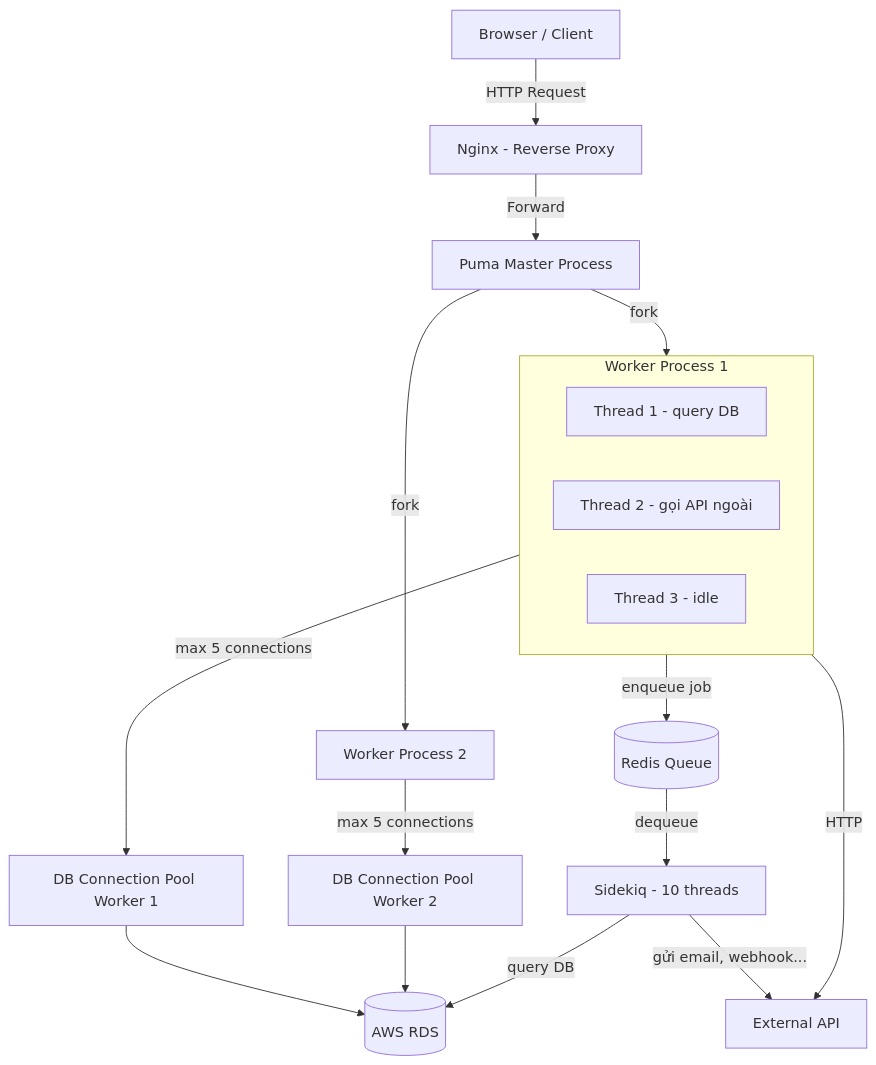
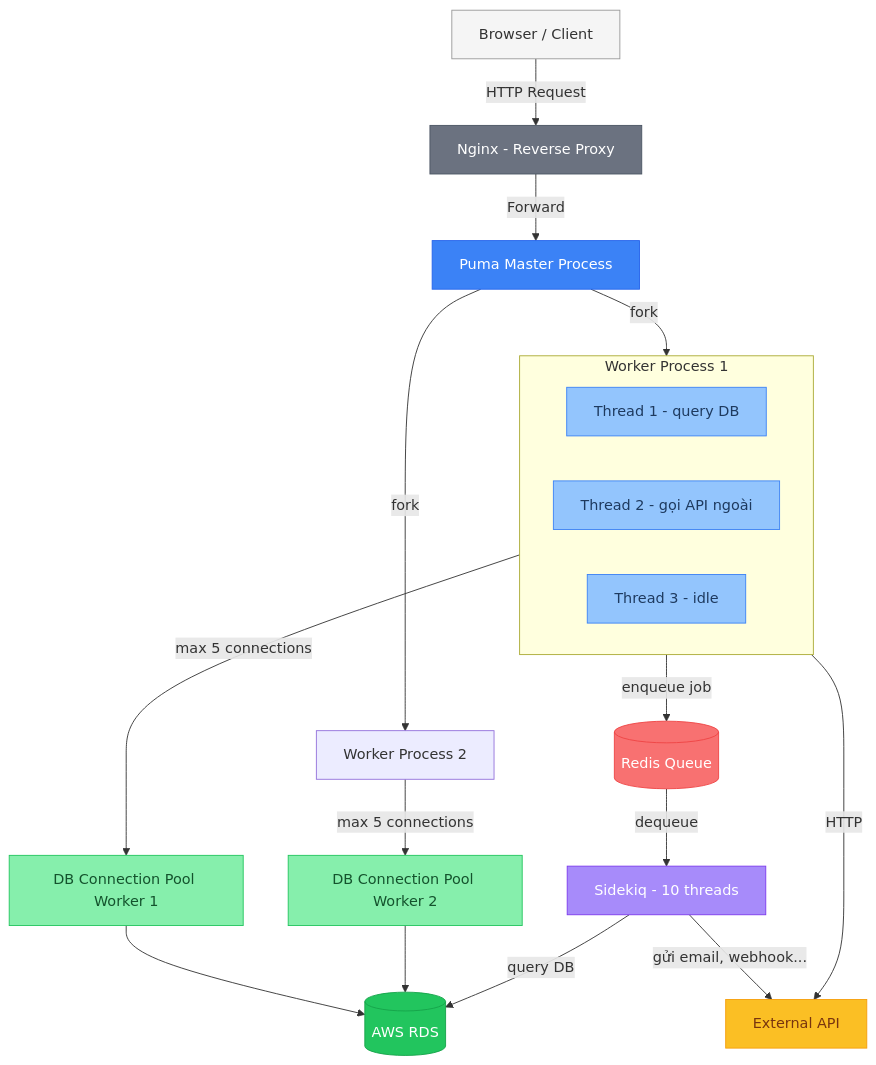
The first of 5 diagrams in src/content/blog/rails-concurrency-p2.md (hswolf/hswolf.github.io), drawn with Mermaid before and after one commit. The commit also changed other lines of this file, not shown here.

Commit message:
style: Add colors for diagrams for blogs/rails-concurrency-2

````diff
--- a/src/content/blog/rails-concurrency-p2.md
+++ b/src/content/blog/rails-concurrency-p2.md
@@ -48,27 +48,40 @@
 ```mermaid
 flowchart TD
     Browser[Browser / Client] -->|HTTP Request| Nginx[Nginx - Reverse Proxy]
     Nginx -->|Forward| Puma[Puma Master Process]
 
     Puma -->|fork| W1[Worker Process 1]
     Puma -->|fork| W2[Worker Process 2]
 
     subgraph W1[Worker Process 1]
         direction LR
         T1[Thread 1 - query DB]
         T2[Thread 2 - gọi API ngoài]
         T3[Thread 3 - idle]
     end
 
     W1 -->|max 5 connections| CP1[DB Connection Pool Worker 1]
     W2 -->|max 5 connections| CP2[DB Connection Pool Worker 2]
 
     CP1 --> RDS[(AWS RDS)]
     CP2 --> RDS
     T2 -->|HTTP| ExtAPI[External API]
 
     W1 -->|enqueue job| Redis[(Redis Queue)]
     Redis -->|dequeue| Sidekiq[Sidekiq - 10 threads]
     Sidekiq -->|query DB| RDS
     Sidekiq -->|gửi email, webhook...| ExtAPI
+
+    style Browser fill:#f5f5f5,stroke:#999,color:#333
+    style Nginx fill:#6b7280,stroke:#4b5563,color:#fff
+    style Puma fill:#3b82f6,stroke:#2563eb,color:#fff
+    style T1 fill:#93c5fd,stroke:#3b82f6,color:#1e3a5f
+    style T2 fill:#93c5fd,stroke:#3b82f6,color:#1e3a5f
+    style T3 fill:#93c5fd,stroke:#3b82f6,color:#1e3a5f
+    style CP1 fill:#86efac,stroke:#22c55e,color:#14532d
+    style CP2 fill:#86efac,stroke:#22c55e,color:#14532d
+    style RDS fill:#22c55e,stroke:#16a34a,color:#fff
+    style Redis fill:#f87171,stroke:#ef4444,color:#fff
+    style Sidekiq fill:#a78bfa,stroke:#7c3aed,color:#fff
+    style ExtAPI fill:#fbbf24,stroke:#f59e0b,color:#78350f
 ```
````
